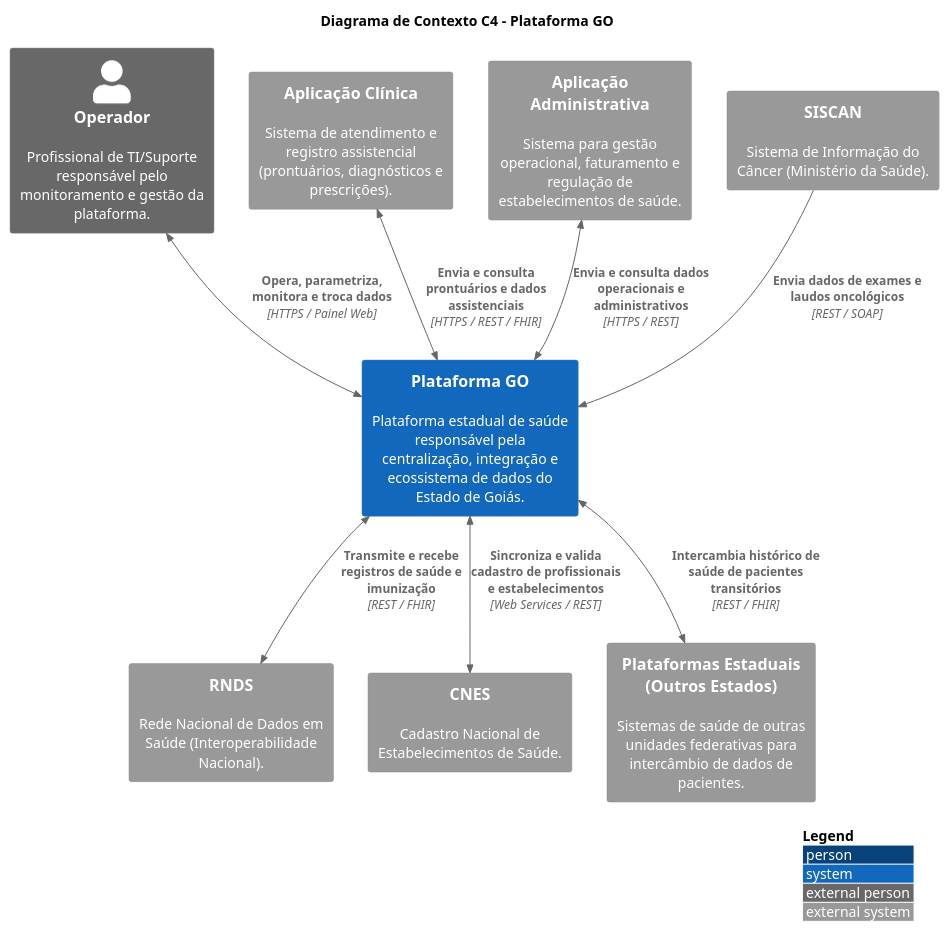
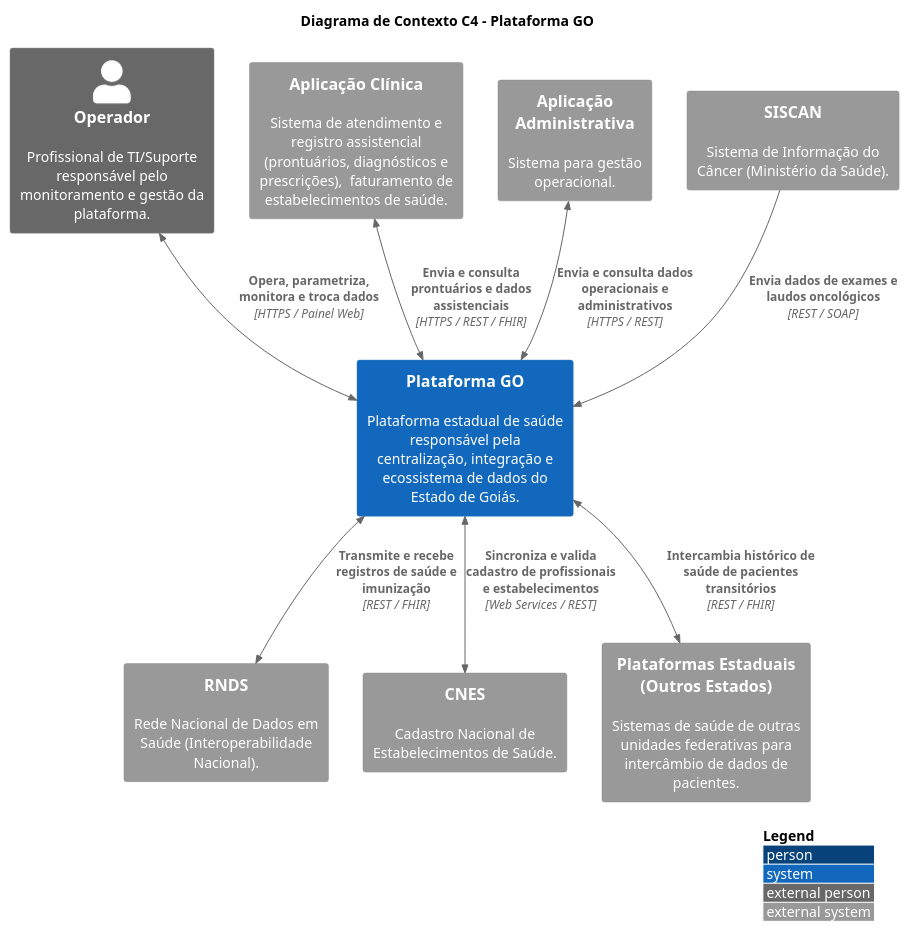
One commit to kyriosdata/design-2026-02 changed the diagram in context_Caio.puml. Above: the diagram before and after it, drawn with PlantUML.

Commit message:
Refine descriptions for clinical and administrative apps
Updated descriptions for appClinica and appAdmin systems.

```diff
--- a/context_Caio.puml
+++ b/context_Caio.puml
@@ -1,32 +1,32 @@
 @startuml
 !include https://raw.githubusercontent.com/plantuml-stdlib/C4-PlantUML/master/C4_Context.puml
 
 LAYOUT_WITH_LEGEND()
 
 title Diagrama de Contexto C4 - Plataforma GO
 
 ' Sistema Central (Único em Azul)
 System(plataformaGO, "Plataforma GO", "Plataforma estadual de saúde responsável pela centralização, integração e ecossistema de dados do Estado de Goiás.")
 
 ' Atores e Aplicações Internas/Clientes (Em Cinza - Ext)
 Person_Ext(operador, "Operador", "Profissional de TI/Suporte responsável pelo monitoramento e gestão da plataforma.")
-System_Ext(appClinica, "Aplicação Clínica", "Sistema de atendimento e registro assistencial (prontuários, diagnósticos e prescrições).")
-System_Ext(appAdmin, "Aplicação Administrativa", "Sistema para gestão operacional, faturamento e regulação de estabelecimentos de saúde.")
+System_Ext(appClinica, "Aplicação Clínica", "Sistema de atendimento e registro assistencial (prontuários, diagnósticos e prescrições),  faturamento de estabelecimentos de saúde.")
+System_Ext(appAdmin, "Aplicação Administrativa", "Sistema para gestão operacional.")
 
 ' Sistemas Externos (Em Cinza - Ext)
 System_Ext(siscan, "SISCAN", "Sistema de Informação do Câncer (Ministério da Saúde).")
 System_Ext(rnds, "RNDS", "Rede Nacional de Dados em Saúde (Interoperabilidade Nacional).")
 System_Ext(cnes, "CNES", "Cadastro Nacional de Estabelecimentos de Saúde.")
 System_Ext(outrasPlataformas, "Plataformas Estaduais (Outros Estados)", "Sistemas de saúde de outras unidades federativas para intercâmbio de dados de pacientes.")
 
 ' Relacionamentos Bidirecionais
 BiRel(operador, plataformaGO, "Opera, parametriza, monitora e troca dados", "HTTPS / Painel Web")
 BiRel(appClinica, plataformaGO, "Envia e consulta prontuários e dados assistenciais", "HTTPS / REST / FHIR")
 BiRel(appAdmin, plataformaGO, "Envia e consulta dados operacionais e administrativos", "HTTPS / REST")
 BiRel(plataformaGO, outrasPlataformas, "Intercambia histórico de saúde de pacientes transitórios", "REST / FHIR")
 BiRel(plataformaGO, rnds, "Transmite e recebe registros de saúde e imunização", "REST / FHIR")
 BiRel(plataformaGO, cnes, "Sincroniza e valida cadastro de profissionais e estabelecimentos", "Web Services / REST")
 
 ' Relacionamento Unidirecional (SISCAN -> Plataforma GO)
 Rel(siscan, plataformaGO, "Envia dados de exames e laudos oncológicos", "REST / SOAP")
 @enduml
```
